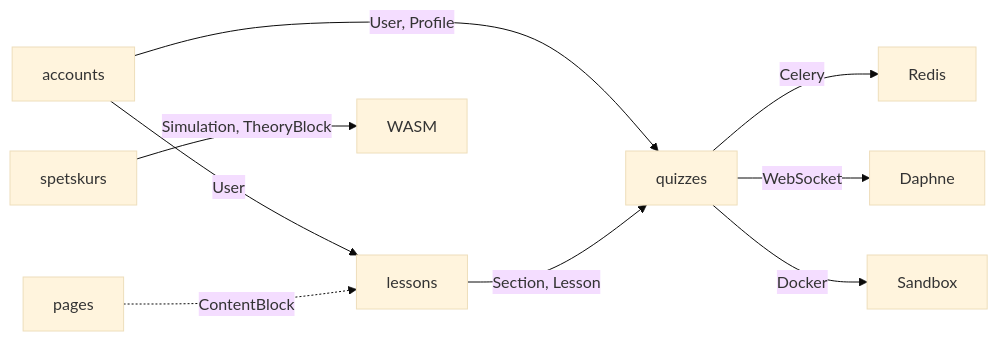
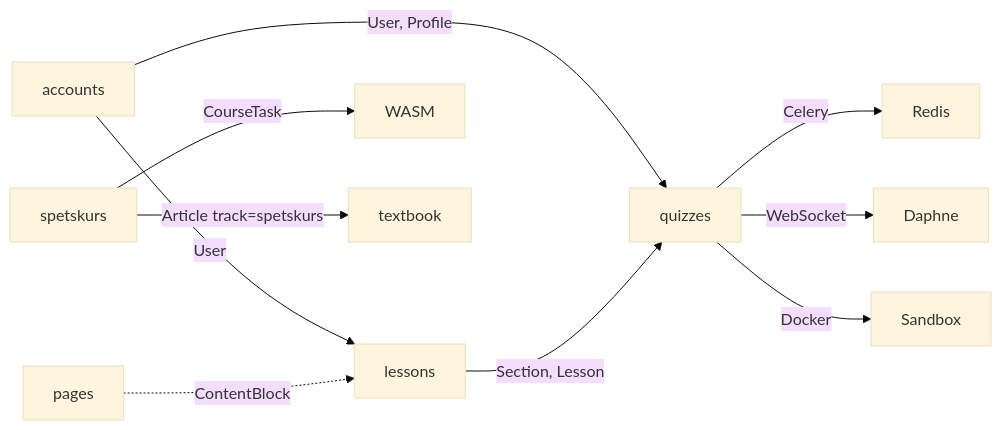
The diagram in docs/index.md (Kirill2517nv/SiteAboutMe), drawn with Mermaid (base theme) before and after one commit. The commit also changed other lines of this file and 5 other files, not shown here.

````diff
--- a/docs/index.md
+++ b/docs/index.md
@@ -20,11 +20,12 @@
 ```mermaid
 graph LR
     A[accounts] -->|User, Profile| Q[quizzes]
     A -->|User| L[lessons]
     P[pages] -.->|ContentBlock| L
     L -->|Section, Lesson| Q
     Q -->|Celery| R[Redis]
     Q -->|WebSocket| D[Daphne]
     Q -->|Docker| S[Sandbox]
-    SP[spetskurs] -->|Simulation, TheoryBlock| W[WASM]
+    SP[spetskurs] -->|CourseTask| W[WASM]
+    SP -->|Article track=spetskurs| T[textbook]
 ```
````
